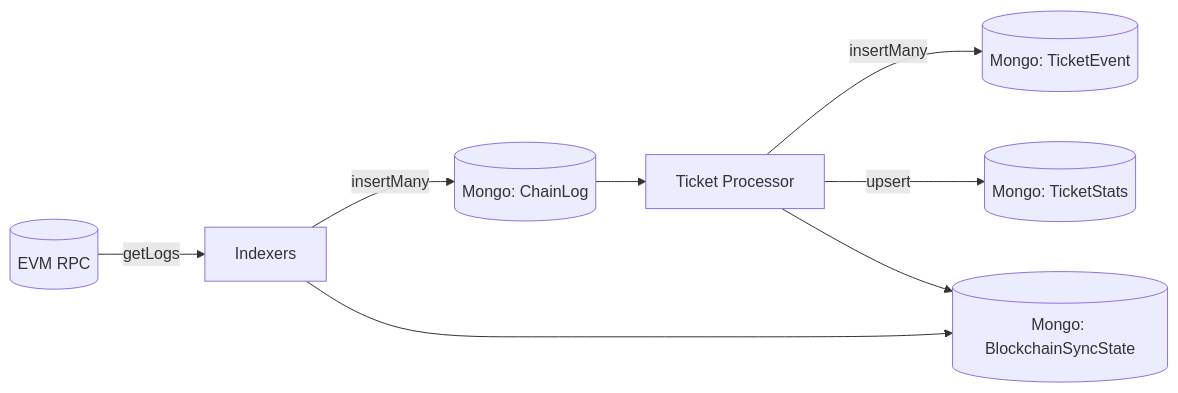
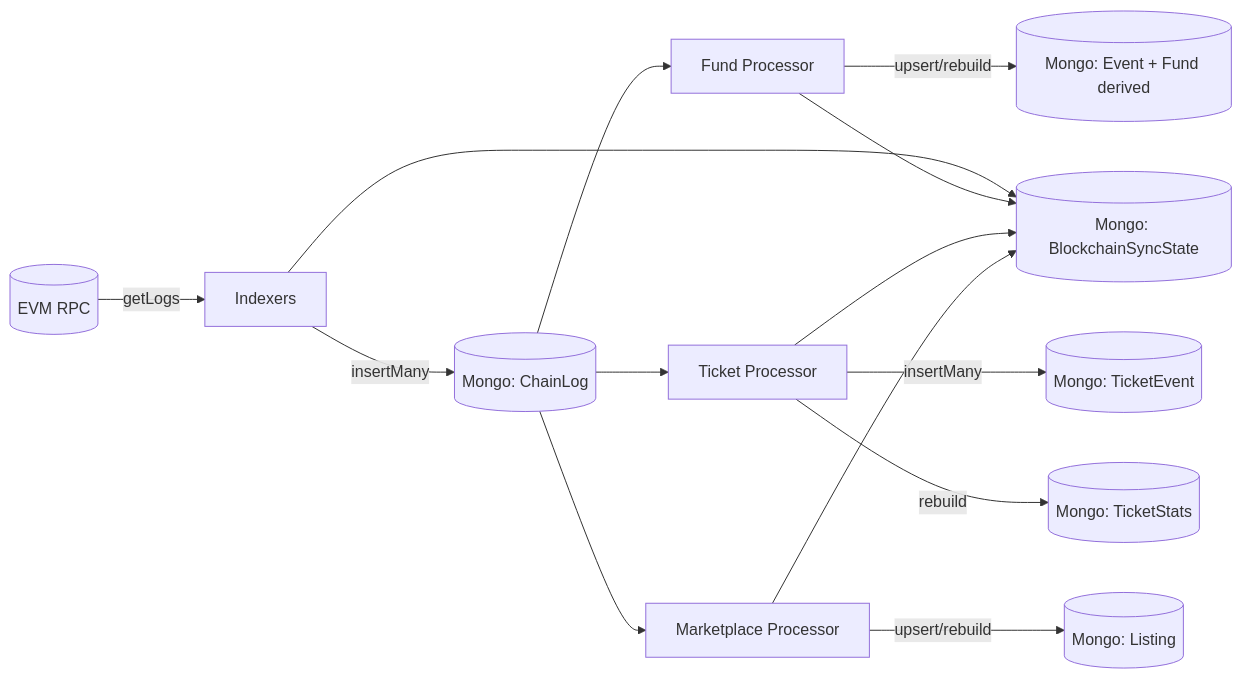
The diagram in backend/docs/blockchain-indexing.md (kieuphat159/Eventfund-platform), drawn with Mermaid before and after one commit. The commit also changed other lines of this file and 7 other files, not shown here.

First line of the commit message:
fix(blockchain): harden reorg recovery and atomic idempotency across Fund/Ticket/Marketplace

````diff
--- a/backend/docs/blockchain-indexing.md
+++ b/backend/docs/blockchain-indexing.md
@@ -16,10 +16,16 @@
 ```mermaid
 flowchart LR
   RPC[(EVM RPC)] -->|getLogs| IDX[Indexers]
   IDX -->|insertMany| CHAINLOG[(Mongo: ChainLog)]
-  CHAINLOG --> PROC[Ticket Processor]
-  PROC -->|insertMany| TE[(Mongo: TicketEvent)]
-  PROC -->|upsert| TS[(Mongo: TicketStats)]
+  CHAINLOG --> PF[Fund Processor]
+  CHAINLOG --> PT[Ticket Processor]
+  CHAINLOG --> PM[Marketplace Processor]
+  PT -->|insertMany| TE[(Mongo: TicketEvent)]
+  PT -->|rebuild| TS[(Mongo: TicketStats)]
+  PF -->|upsert/rebuild| EF[(Mongo: Event + Fund derived)]
+  PM -->|upsert/rebuild| LM[(Mongo: Listing)]
   IDX --> SS[(Mongo: BlockchainSyncState)]
-  PROC --> SS
+  PF --> SS
+  PT --> SS
+  PM --> SS
 ```
````
